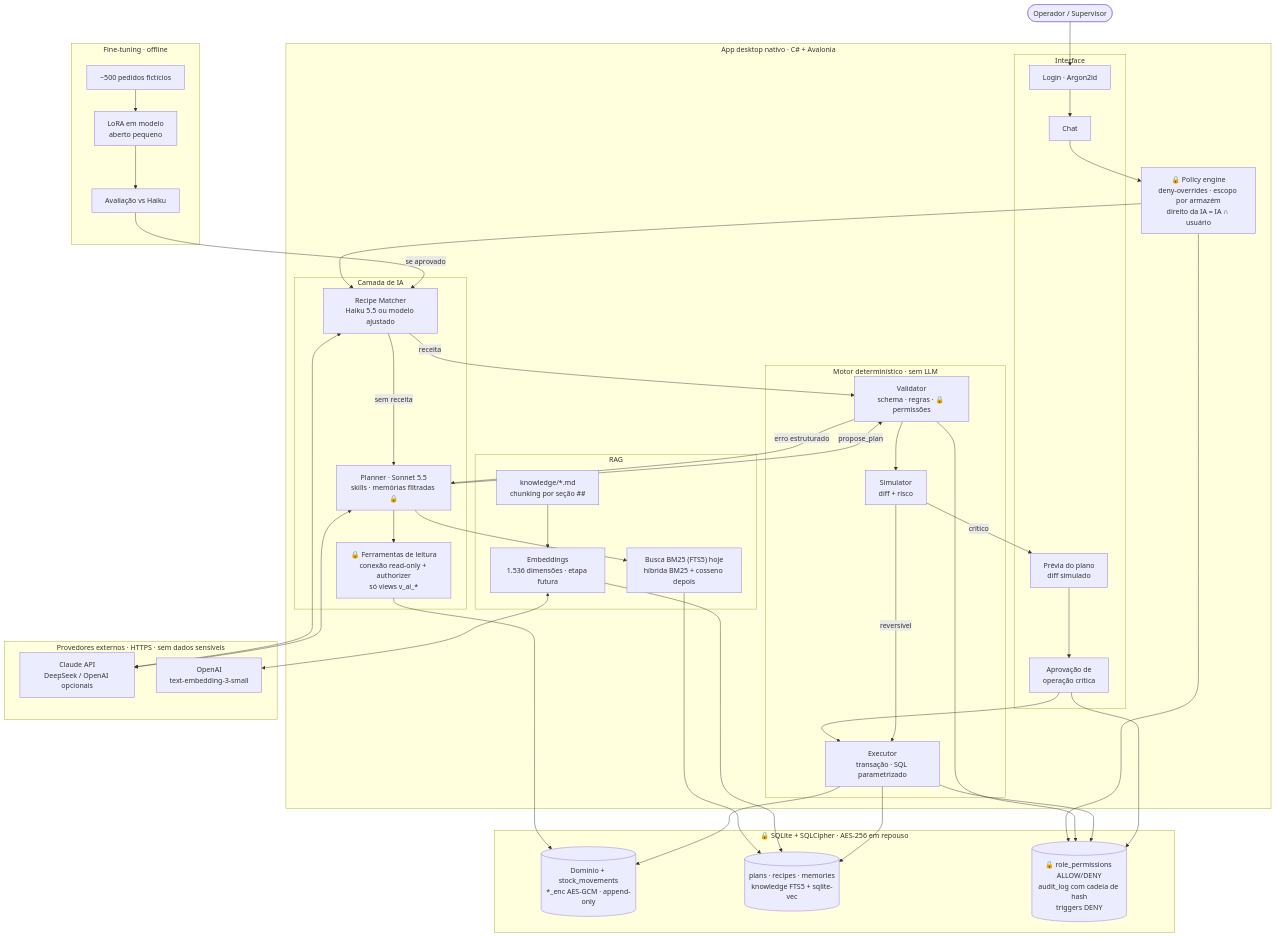
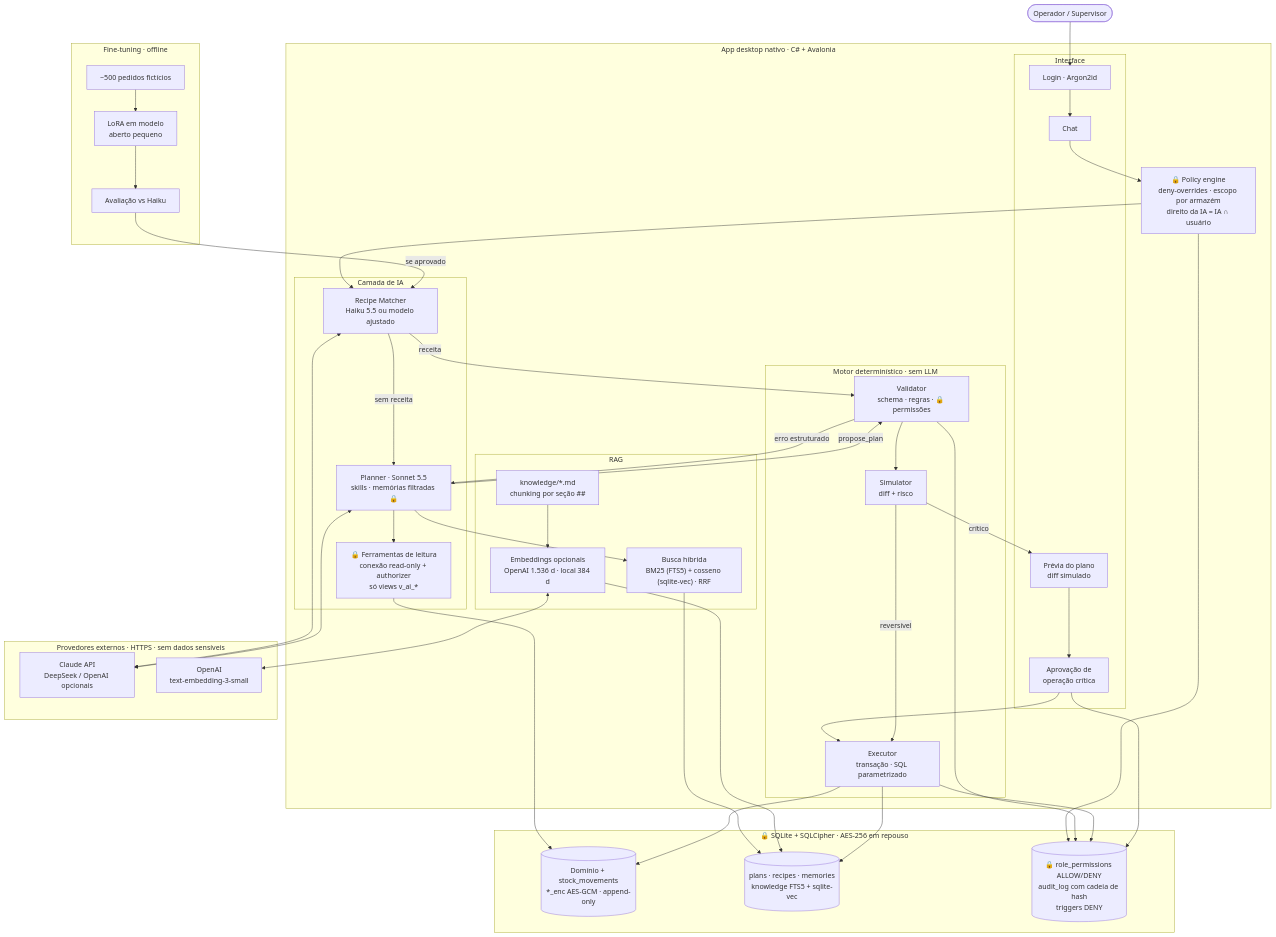
The first of 7 diagrams in README.md (DevSamuelSCesar/ERP-Inteligente), drawn with Mermaid before and after one commit. The commit also changed other lines of this file and 39 other files, not shown here.

First line of the commit message:
Busca híbrida no RAG: embeddings, sqlite-vec e RRF

````diff
--- a/README.md
+++ b/README.md
@@ -36,72 +36,72 @@
 ```mermaid
 flowchart TB
     OP(["Operador / Supervisor"])
 
     subgraph APP["App desktop nativo · C# + Avalonia"]
         subgraph UI["Interface"]
             LOGIN["Login · Argon2id"]
             CHAT["Chat"]
             PREV["Prévia do plano<br/>diff simulado"]
             APRV["Aprovação de<br/>operação crítica"]
         end
 
         POL["🔒 Policy engine<br/>deny-overrides · escopo por armazém<br/>direito da IA = IA ∩ usuário"]
 
         subgraph AI["Camada de IA"]
             RM["Recipe Matcher<br/>Haiku 5.5 ou modelo ajustado"]
             PL["Planner · Sonnet 5.5<br/>skills · memórias filtradas 🔒"]
             ROCONN["🔒 Ferramentas de leitura<br/>conexão read-only + authorizer<br/>só views v_ai_*"]
         end
 
         subgraph RAG["RAG"]
             CHK["knowledge/*.md<br/>chunking por seção ##"]
-            EMB["Embeddings<br/>1.536 dimensões · etapa futura"]
-            HYB["Busca BM25 (FTS5) hoje<br/>híbrida BM25 + cosseno depois"]
+            EMB["Embeddings opcionais<br/>OpenAI 1.536 d · local 384 d"]
+            HYB["Busca híbrida<br/>BM25 (FTS5) + cosseno (sqlite-vec) · RRF"]
         end
 
         subgraph ENG["Motor determinístico · sem LLM"]
             VAL["Validator<br/>schema · regras · 🔒 permissões"]
             SIM["Simulator<br/>diff + risco"]
             EXE["Executor<br/>transação · SQL parametrizado"]
         end
     end
 
     subgraph EXT["Provedores externos · HTTPS · sem dados sensíveis"]
         CLAUDE["Claude API<br/>DeepSeek / OpenAI opcionais"]
         OAI["OpenAI<br/>text-embedding-3-small"]
     end
 
     subgraph FT["Fine-tuning · offline"]
         FTD["~500 pedidos fictícios"]
         FTM["LoRA em modelo<br/>aberto pequeno"]
         FTE["Avaliação vs Haiku"]
     end
 
     subgraph DB["🔒 SQLite + SQLCipher · AES-256 em repouso"]
         DATA[("Domínio + stock_movements<br/>*_enc AES-GCM · append-only")]
         AIDATA[("plans · recipes · memories<br/>knowledge FTS5 + sqlite-vec")]
         SEC[("🔒 role_permissions ALLOW/DENY<br/>audit_log com cadeia de hash<br/>triggers DENY")]
     end
 
     OP --> LOGIN --> CHAT --> POL --> RM
     RM -- "receita" --> VAL
     RM -- "sem receita" --> PL
     RM <--> CLAUDE
     PL <--> CLAUDE
     PL --> ROCONN --> DATA
     PL --> HYB --> AIDATA
     CHK --> EMB --> AIDATA
     EMB <--> OAI
     PL -- "propose_plan" --> VAL
     VAL -- "erro estruturado" --> PL
     VAL --> SIM
     SIM -- "crítico" --> PREV --> APRV --> EXE
     SIM -- "reversível" --> EXE
     EXE --> DATA
     EXE --> AIDATA
     POL --> SEC
     VAL --> SEC
     EXE --> SEC
     APRV --> SEC
     FTD --> FTM --> FTE -- "se aprovado" --> RM
 ```
````
